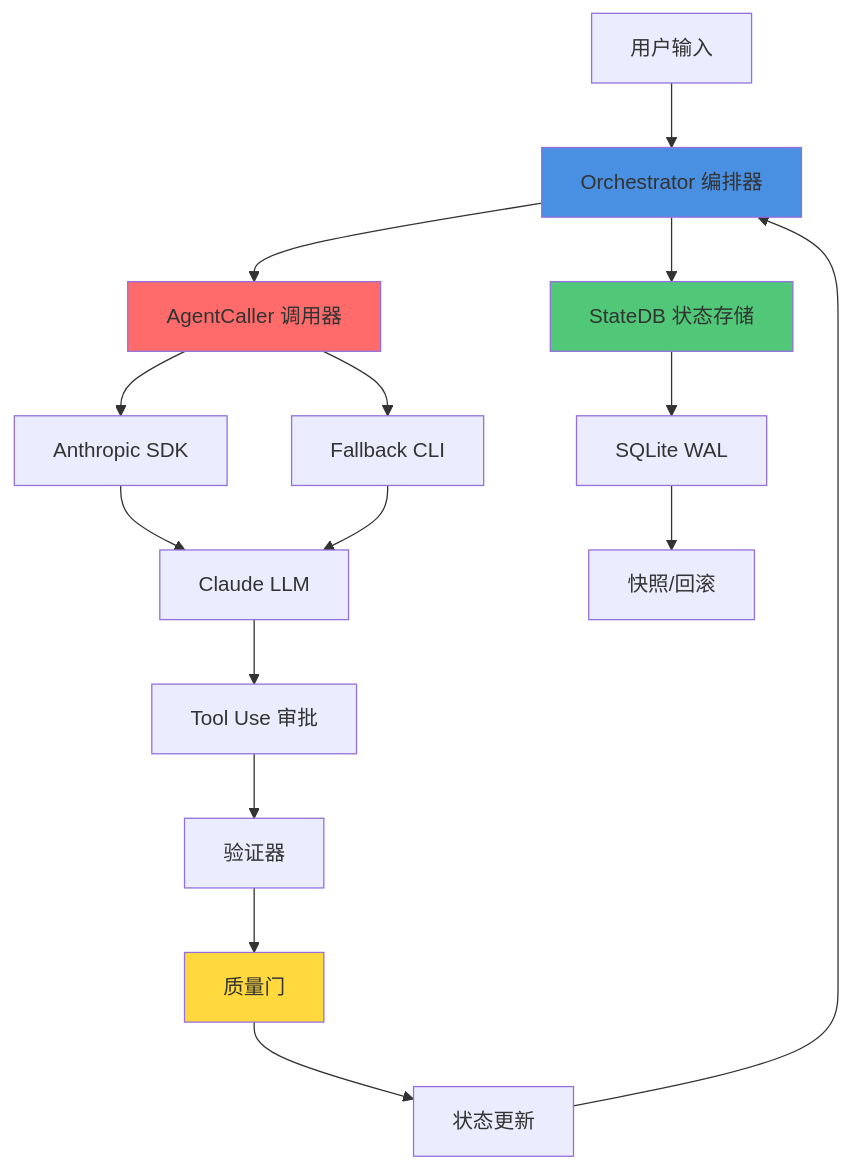
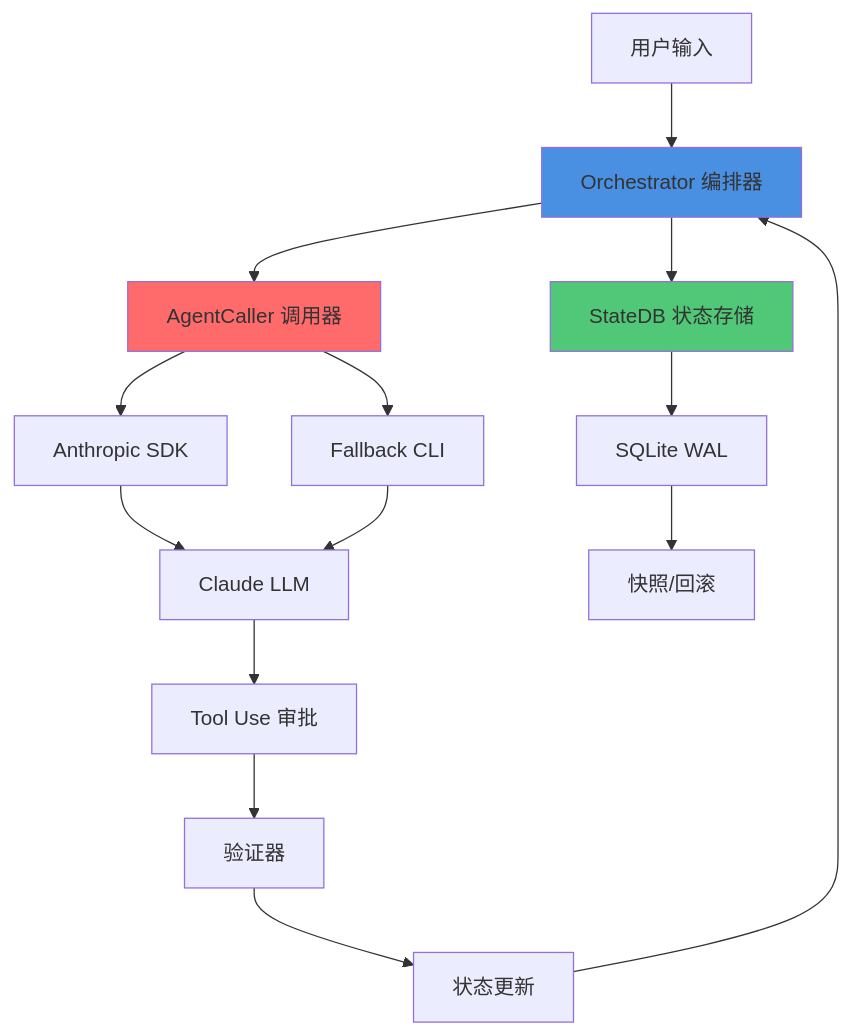
The first of 6 diagrams in docs/架构图.md (yfkzdk/aii-workflow), drawn with Mermaid before and after one commit. The commit also changed other lines of this file and 6 other files, not shown here.

````diff
--- a/docs/架构图.md
+++ b/docs/架构图.md
@@ -5,24 +5,22 @@
 ```mermaid
 graph TB
     User[用户输入] --> Orchestrator[Orchestrator 编排器]
     Orchestrator --> AgentCaller[AgentCaller 调用器]
     AgentCaller --> SDK[Anthropic SDK]
     AgentCaller --> Fallback[Fallback CLI]
     SDK --> LLM[Claude LLM]
     Fallback --> LLM
 
     LLM --> ToolUse[Tool Use 审批]
     ToolUse --> Validation[验证器]
-    Validation --> QualityGate[质量门]
-    QualityGate --> StateUpdate[状态更新]
+    Validation --> StateUpdate[状态更新]
     StateUpdate --> Orchestrator
 
     Orchestrator --> StateDB[StateDB 状态存储]
     StateDB --> SQLite[SQLite WAL]
     SQLite --> Snapshots[快照/回滚]
 
     style Orchestrator fill:#4A90E2
     style StateDB fill:#50C878
     style AgentCaller fill:#FF6B6B
-    style QualityGate fill:#FFD93D
 ```
````
